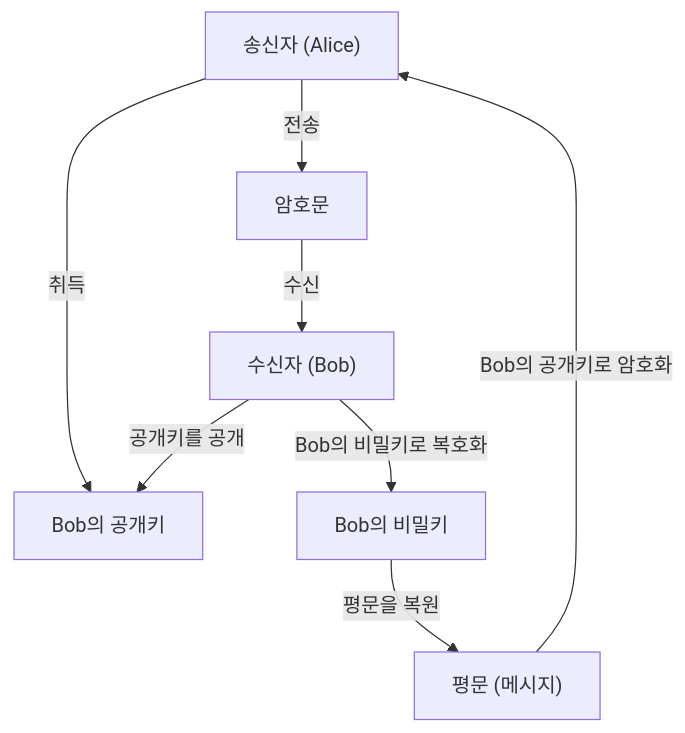
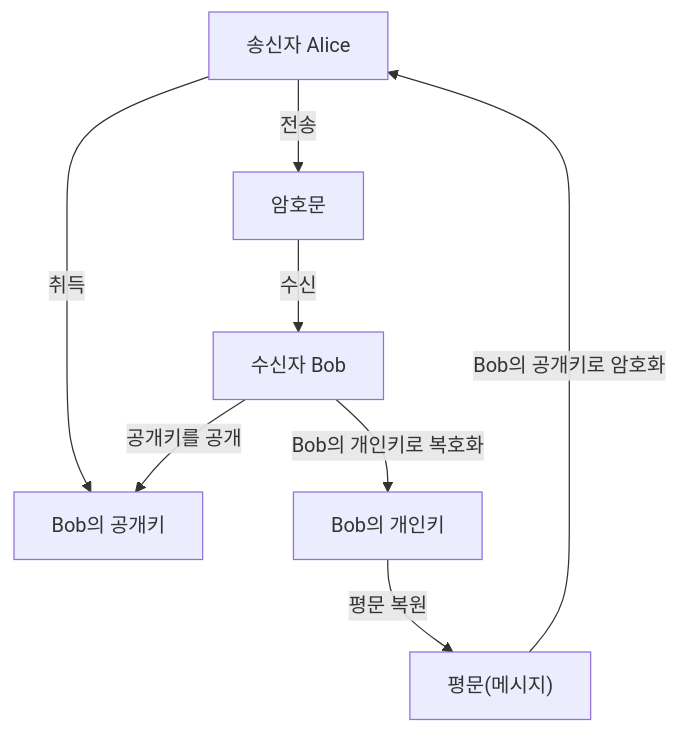
Before and after one commit to kenjinote/blog: the first of 3 diagrams in content/post/modern-cryptography-public-key-hash-signature/index.ko.md, drawn with Mermaid. The commit also changed other lines of this file and 6 other files, not shown here.

````diff
--- a/content/post/modern-cryptography-public-key-hash-signature/index.ko.md
+++ b/content/post/modern-cryptography-public-key-hash-signature/index.ko.md
@@ -37,17 +36,16 @@
 ```mermaid
 graph TD
-    A["송신자 (Alice)"]
-    B["수신자 (Bob)"]
+    A["송신자 Alice"]
+    B["수신자 Bob"]
     K_Pub["Bob의 공개키"]
-    K_Priv["Bob의 비밀키"]
-    P["평문 (메시지)"]
+    K_Priv["Bob의 개인키"]
+    P["평문(메시지)"]
     C["암호문"]
-
     B -->|"공개키를 공개"| K_Pub
     A -->|"취득"| K_Pub
     P -->|"Bob의 공개키로 암호화"| A
     A -->|"전송"| C
     C -->|"수신"| B
-    B -->|"Bob의 비밀키로 복호화"| K_Priv
-    K_Priv -->|"평문을 복원"| P
+    B -->|"Bob의 개인키로 복호화"| K_Priv
+    K_Priv -->|"평문 복원"| P
 ```
````
